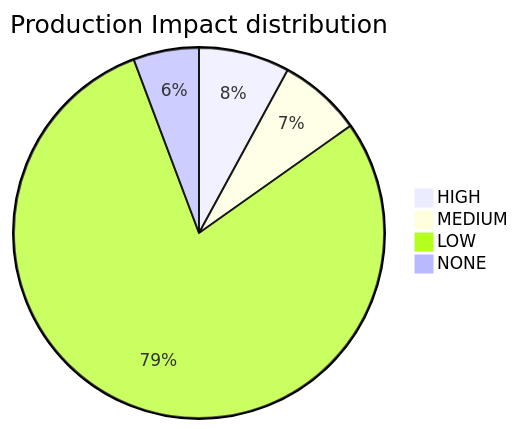
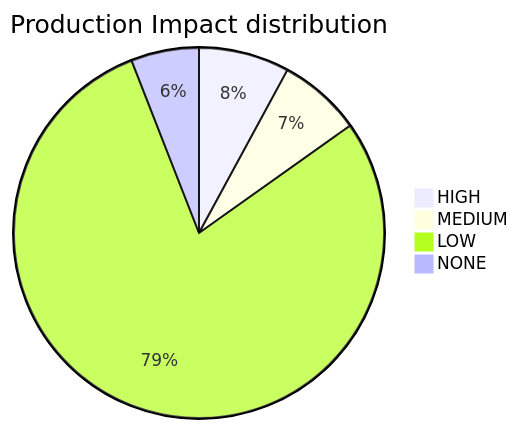
Before and after one commit to mikeybeezy/goldenpath-idp-infra: the diagram in PLATFORM_HEALTH.md, drawn with Mermaid. The commit also changed other lines of this file, not shown here.

````diff
--- a/PLATFORM_HEALTH.md
+++ b/PLATFORM_HEALTH.md
@@ -53,7 +53,7 @@
 ```mermaid
 pie title Production Impact distribution
     "HIGH" : 36
     "MEDIUM" : 33
     "LOW" : 359
-    "NONE" : 26
+    "NONE" : 27
 ```
````
